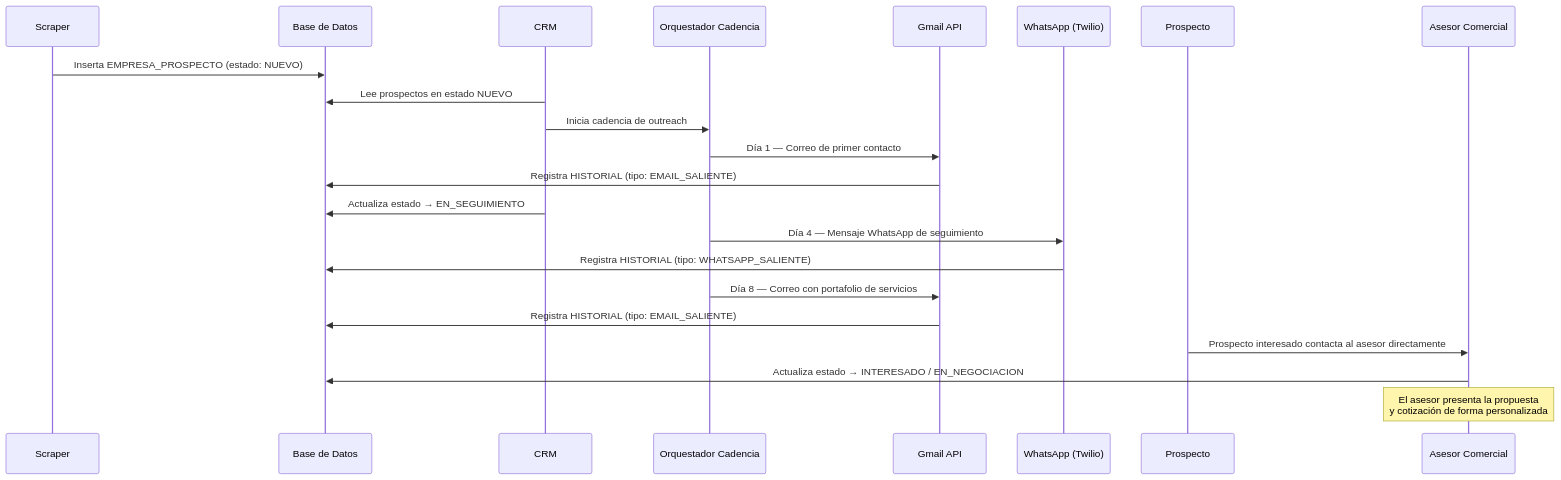
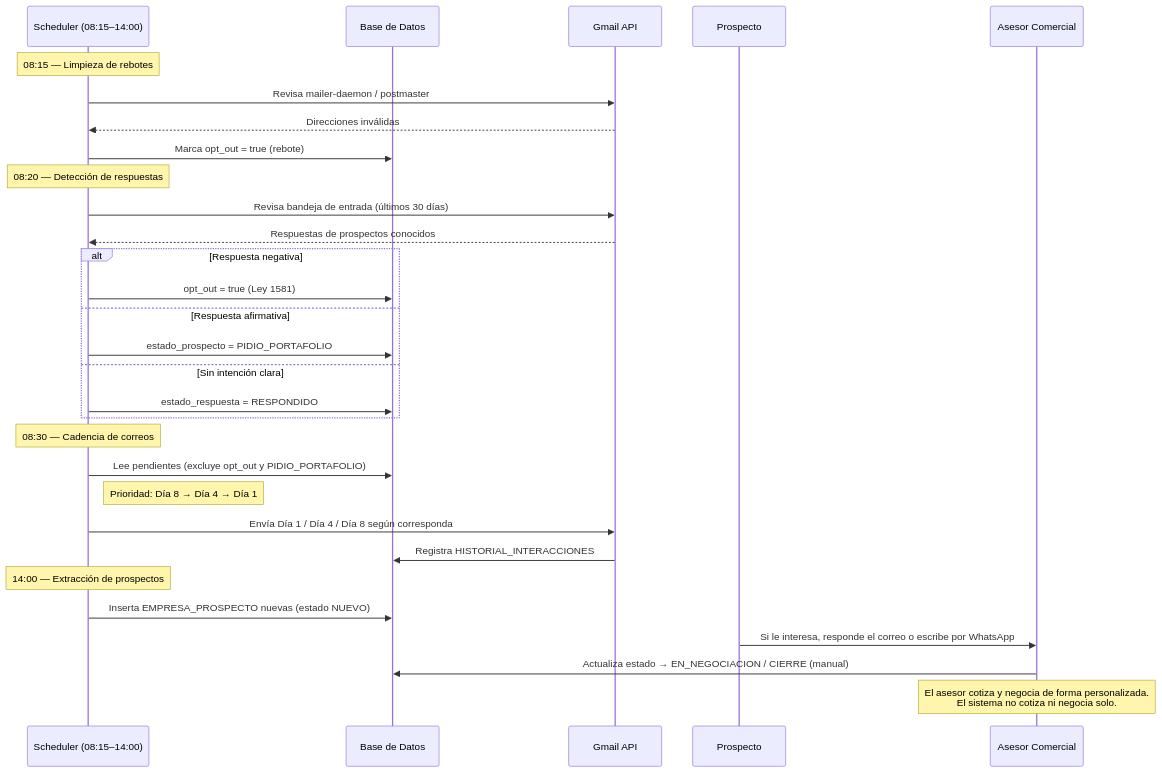
One commit to taniagisel2026-hub/SOFTWARE-COMERCIAL changed the third of 3 diagrams in docs/arquitectura_y_diseno.md. Above: the diagram before and after it, drawn with Mermaid. The commit also changed other lines of this file and 1 other file, not shown here.

````diff
--- a/docs/arquitectura_y_diseno.md
+++ b/docs/arquitectura_y_diseno.md
@@ -162,25 +208,37 @@
 ```mermaid
 sequenceDiagram
-    participant S  as Scraper
+    participant SCHED as Scheduler (08:15–14:00)
     participant DB as Base de Datos
-    participant C  as CRM
-    participant O  as Orquestador Cadencia
     participant G  as Gmail API
-    participant W  as WhatsApp (Twilio)
     participant P  as Prospecto
     participant J  as Asesor Comercial
 
-    S->>DB: Inserta EMPRESA_PROSPECTO (estado: NUEVO)
-    C->>DB: Lee prospectos en estado NUEVO
-    C->>O: Inicia cadencia de outreach
-    O->>G: Día 1 — Correo de primer contacto
-    G->>DB: Registra HISTORIAL (tipo: EMAIL_SALIENTE)
-    C->>DB: Actualiza estado → EN_SEGUIMIENTO
-    O->>W: Día 4 — Mensaje WhatsApp de seguimiento
-    W->>DB: Registra HISTORIAL (tipo: WHATSAPP_SALIENTE)
-    O->>G: Día 8 — Correo con portafolio de servicios
-    G->>DB: Registra HISTORIAL (tipo: EMAIL_SALIENTE)
-    P->>J: Prospecto interesado contacta al asesor directamente
-    J->>DB: Actualiza estado → INTERESADO / EN_NEGOCIACION
-    Note over J: El asesor presenta la propuesta<br/>y cotización de forma personalizada
+    Note over SCHED: 08:15 — Limpieza de rebotes
+    SCHED->>G: Revisa mailer-daemon / postmaster
+    G-->>SCHED: Direcciones inválidas
+    SCHED->>DB: Marca opt_out = true (rebote)
+
+    Note over SCHED: 08:20 — Detección de respuestas
+    SCHED->>G: Revisa bandeja de entrada (últimos 30 días)
+    G-->>SCHED: Respuestas de prospectos conocidos
+    alt Respuesta negativa
+        SCHED->>DB: opt_out = true (Ley 1581)
+    else Respuesta afirmativa
+        SCHED->>DB: estado_prospecto = PIDIO_PORTAFOLIO
+    else Sin intención clara
+        SCHED->>DB: estado_respuesta = RESPONDIDO
+    end
+
+    Note over SCHED: 08:30 — Cadencia de correos
+    SCHED->>DB: Lee pendientes (excluye opt_out y PIDIO_PORTAFOLIO)
+    Note right of SCHED: Prioridad: Día 8 → Día 4 → Día 1
+    SCHED->>G: Envía Día 1 / Día 4 / Día 8 según corresponda
+    G->>DB: Registra HISTORIAL_INTERACCIONES
+
+    Note over SCHED: 14:00 — Extracción de prospectos
+    SCHED->>DB: Inserta EMPRESA_PROSPECTO nuevas (estado NUEVO)
+
+    P->>J: Si le interesa, responde el correo o escribe por WhatsApp
+    J->>DB: Actualiza estado → EN_NEGOCIACION / CIERRE (manual)
+    Note over J: El asesor cotiza y negocia de forma personalizada.<br/>El sistema no cotiza ni negocia solo.
 ```
````
